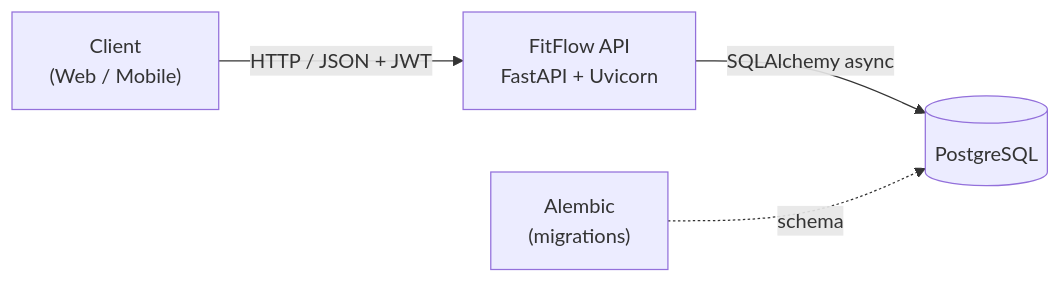
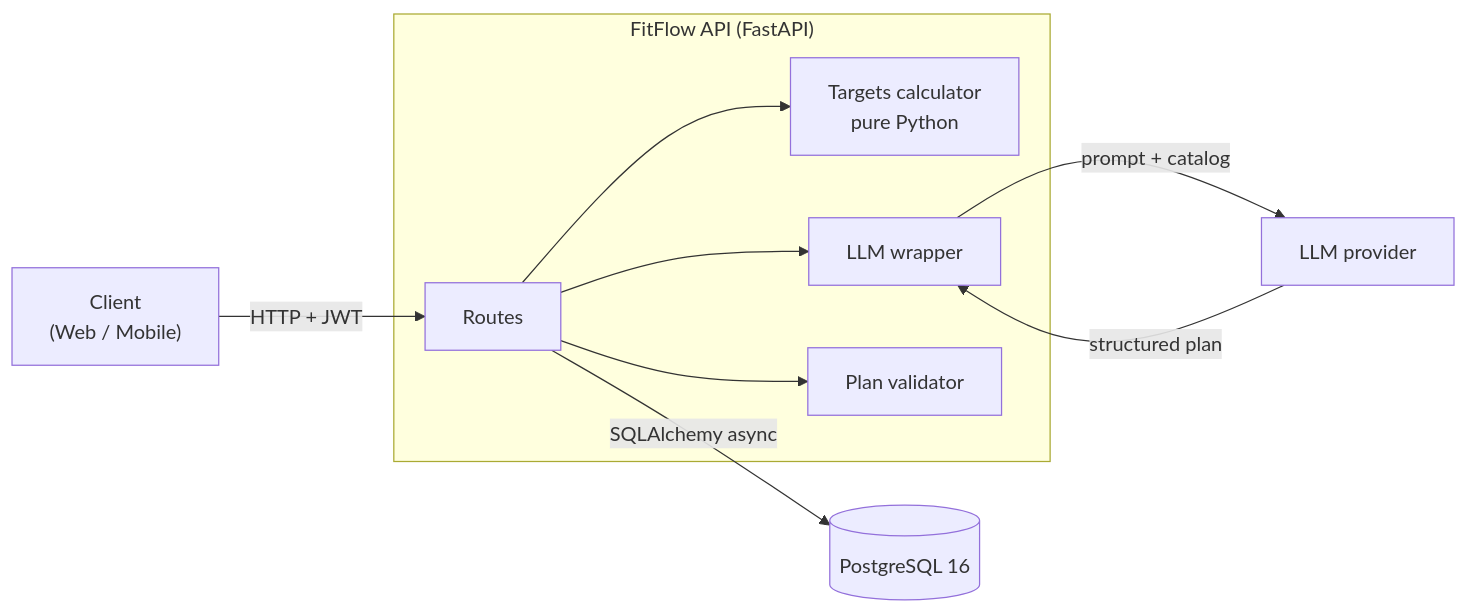
Before and after one commit to JoaoMeira29/fitflow-api: the diagram in README.md, drawn with Mermaid. The commit also changed other lines of this file and 28 other files, not shown here.

Commit message:
feat: add database, Alembic and JWT authentication

````diff
--- a/README.md
+++ b/README.md
@@ -63,6 +79,12 @@
 ```mermaid
 flowchart LR
-    Client["Client<br/>(Web / Mobile)"] -->|HTTP / JSON + JWT| API["FitFlow API<br/>FastAPI + Uvicorn"]
-    API -->|SQLAlchemy async| DB[("PostgreSQL")]
-    Alembic["Alembic<br/>(migrations)"] -.->|schema| DB
+    Client["Client<br/>(Web / Mobile)"] -->|HTTP + JWT| API
+    subgraph App["FitFlow API (FastAPI)"]
+        API["Routes"] --> Targets["Targets calculator<br/>pure Python"]
+        API --> Wrapper["LLM wrapper"]
+        API --> Validator["Plan validator"]
+    end
+    Wrapper -->|prompt + catalog| LLM["LLM provider"]
+    LLM -->|structured plan| Wrapper
+    API -->|SQLAlchemy async| DB[("PostgreSQL 16")]
 ```
````
